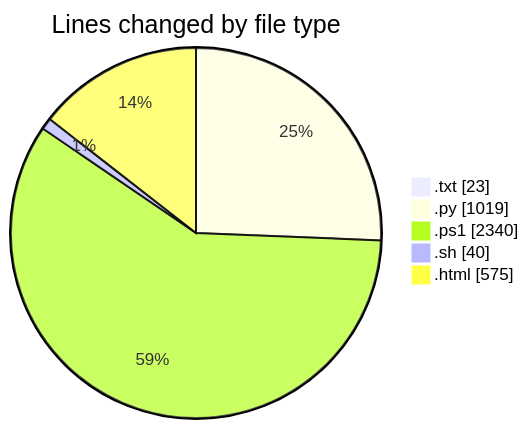
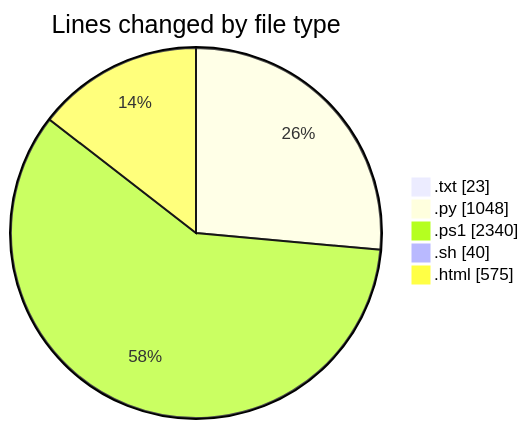
The first of 2 diagrams in 2025-05-16/python_app_deploy/README.md (CELIANVF/code-tracking), drawn with Mermaid before and after one commit. The commit also changed other lines of this file and 1 other file, not shown here.

````diff
--- a/2025-05-16/python_app_deploy/README.md
+++ b/2025-05-16/python_app_deploy/README.md
@@ -41,9 +41,9 @@
 ```mermaid
 pie showData
 title Lines changed by file type
 ".txt" : 23
-".py" : 1019
+".py" : 1048
 ".ps1" : 2340
 ".sh" : 40
 ".html" : 575
 ```
````
